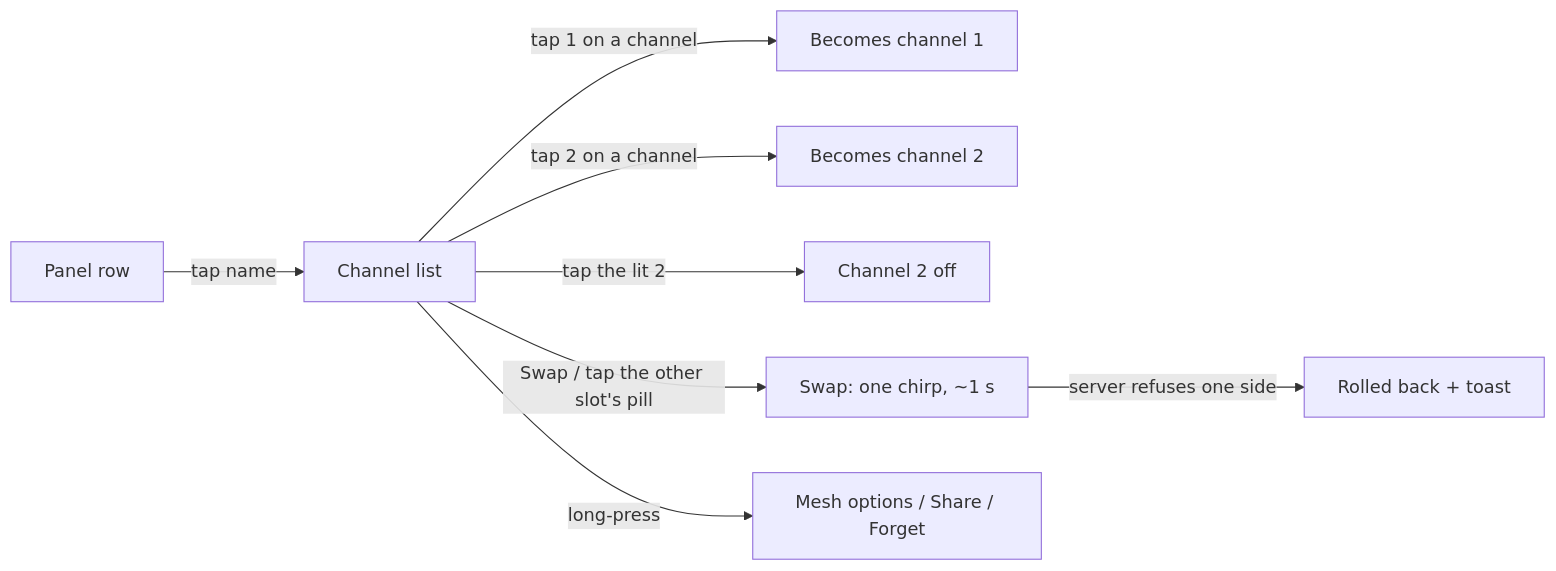
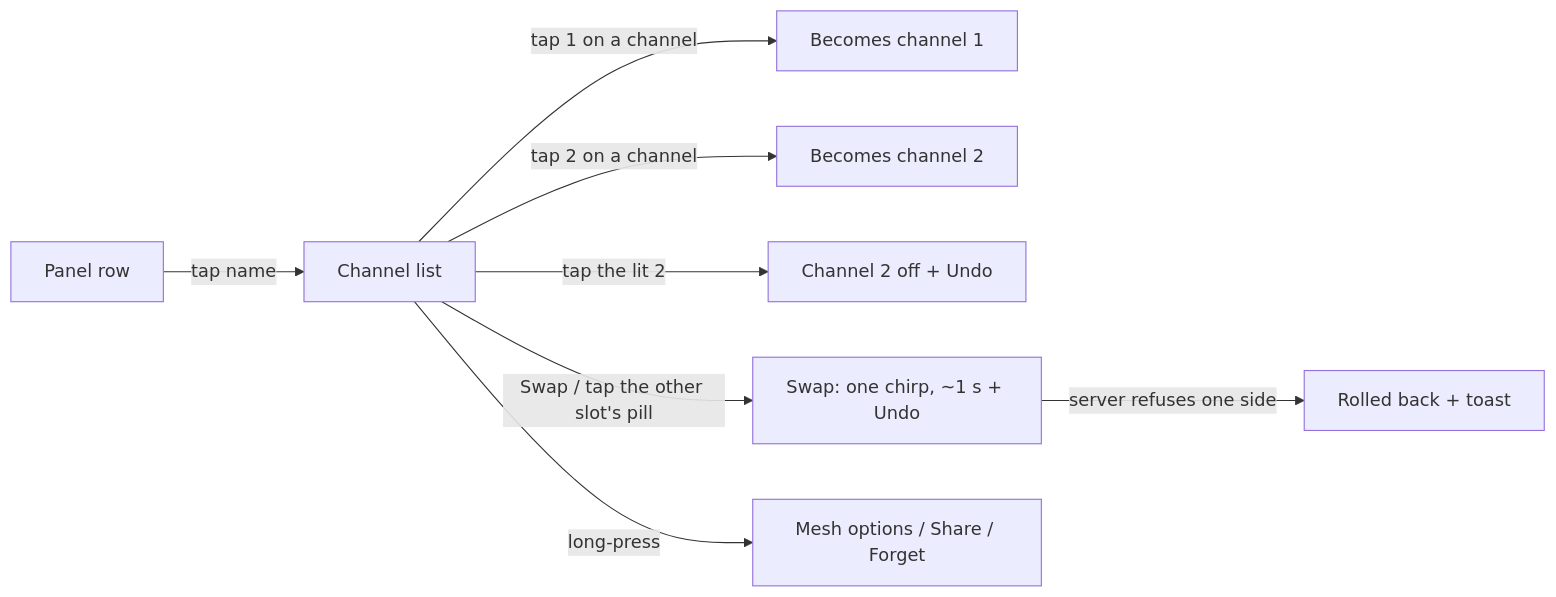
One commit to TX-TAK/TAK-XVoice changed the second of 5 diagrams in docs/ux-workflows.md. Above: the diagram before and after it, drawn with Mermaid. The commit also changed other lines of this file and 15 other files, not shown here.

First line of the commit message:
feat: UX review follow-ups — status line, undo, one red, mission marker

````diff
--- a/docs/ux-workflows.md
+++ b/docs/ux-workflows.md
@@ -134,10 +146,10 @@
 ```mermaid
 flowchart LR
     P[Panel row] -->|tap name| L[Channel list]
     L -->|tap 1 on a channel| C1[Becomes channel 1]
     L -->|tap 2 on a channel| C2[Becomes channel 2]
-    L -->|tap the lit 2| OFF[Channel 2 off]
-    L -->|Swap / tap the other slot's pill| SW[Swap: one chirp, ~1 s]
+    L -->|tap the lit 2| OFF[Channel 2 off + Undo]
+    L -->|Swap / tap the other slot's pill| SW[Swap: one chirp, ~1 s + Undo]
     SW -->|server refuses one side| RB[Rolled back + toast]
     L -->|long-press| M[Mesh options / Share / Forget]
 ```
````
